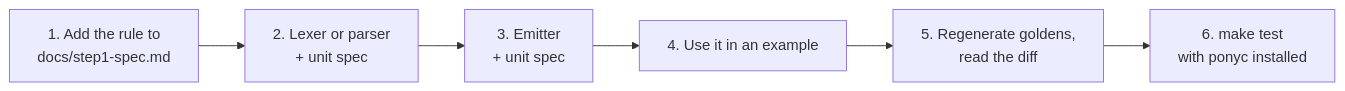
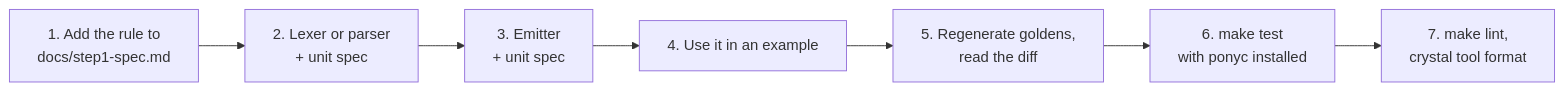
Before and after one commit to nogginly/sparkle: the second of 2 diagrams in DEVELOPMENT.md, drawn with Mermaid. The commit also changed other lines of this file and 18 other files, not shown here.

First line of the commit message:
Make the code pass ameba and add make lint

````diff
--- a/DEVELOPMENT.md
+++ b/DEVELOPMENT.md
@@ -107,8 +115,9 @@
 ```mermaid
 flowchart LR
     R["1. Add the rule to<br/>docs/step1-spec.md"] --> P["2. Lexer or parser<br/>+ unit spec"]
     P --> E["3. Emitter<br/>+ unit spec"]
     E --> X["4. Use it in an example"]
     X --> G["5. Regenerate goldens,<br/>read the diff"]
     G --> T["6. make test<br/>with ponyc installed"]
+    T --> L["7. make lint,<br/>crystal tool format"]
 ```
````
